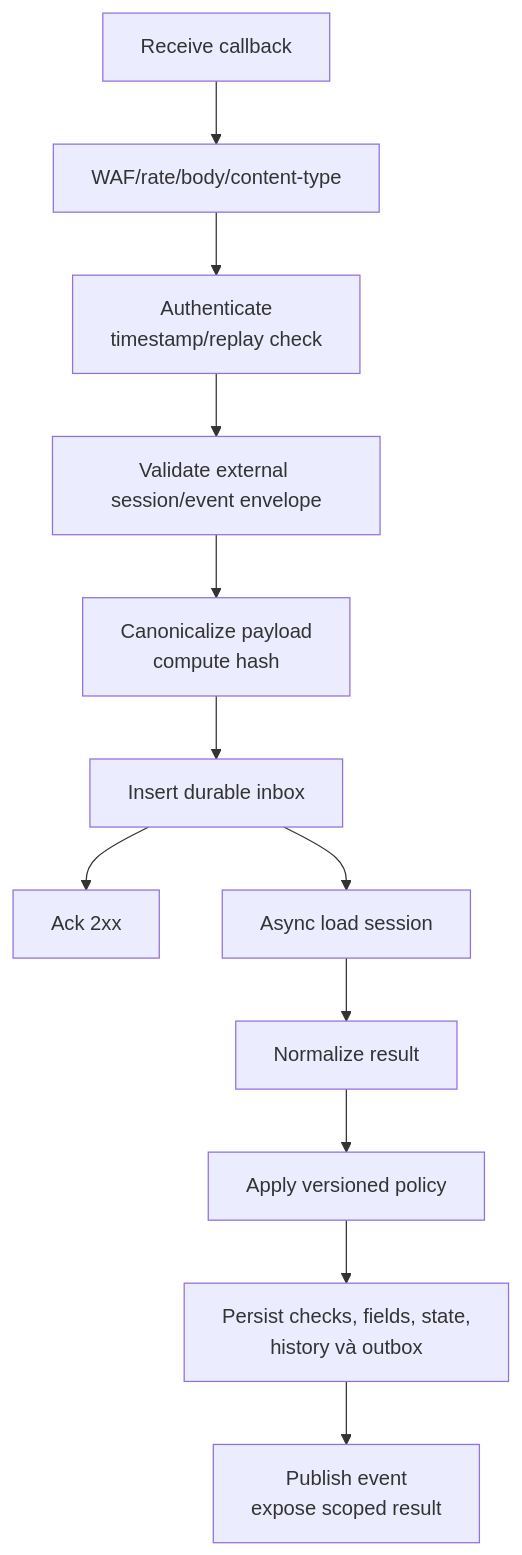
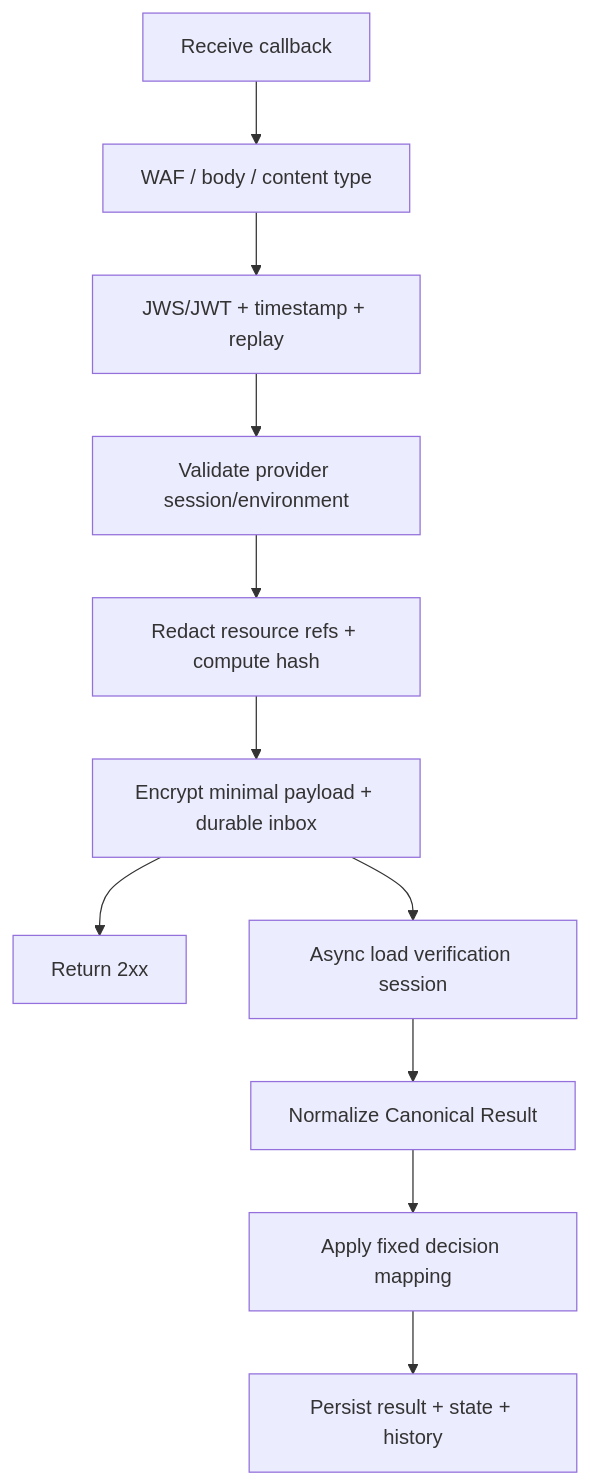
Before and after one commit to huynv-xyz/vhm: the tenth of 24 diagrams in tdd2.md, drawn with Mermaid. The commit also changed other lines of this file, not shown here.

````diff
--- a/tdd2.md
+++ b/tdd2.md
@@ -1271,14 +1264,13 @@
 ```mermaid
 flowchart TD
-    RECEIVE["Receive callback"] --> WAF["WAF/rate/body/content-type"]
-    WAF --> AUTH["Authenticate<br/>timestamp/replay check"]
-    AUTH --> VALIDATE["Validate external session/event envelope"]
-    VALIDATE --> HASH["Canonicalize payload<br/>compute hash"]
-    HASH --> INBOX["Insert durable inbox"]
-    INBOX --> ACK["Ack 2xx"]
-    INBOX --> LOAD["Async load session"]
-    LOAD --> NORMALIZE["Normalize result"]
-    NORMALIZE --> POLICY["Apply versioned policy"]
-    POLICY --> PERSIST["Persist checks, fields, state,<br/>history và outbox"]
-    PERSIST --> PUBLISH["Publish event<br/>expose scoped result"]
+    RECEIVE["Receive callback"] --> WAF["WAF / body / content type"]
+    WAF --> AUTH["JWS/JWT + timestamp + replay"]
+    AUTH --> BIND["Validate provider session/environment"]
+    BIND --> REDACT["Redact resource refs + compute hash"]
+    REDACT --> INBOX["Encrypt minimal payload + durable inbox"]
+    INBOX --> ACK["Return 2xx"]
+    INBOX --> LOAD["Async load verification session"]
+    LOAD --> NORMALIZE["Normalize Canonical Result"]
+    NORMALIZE --> DECIDE["Apply fixed decision mapping"]
+    DECIDE --> PERSIST["Persist result + state + history"]
 ```
````
